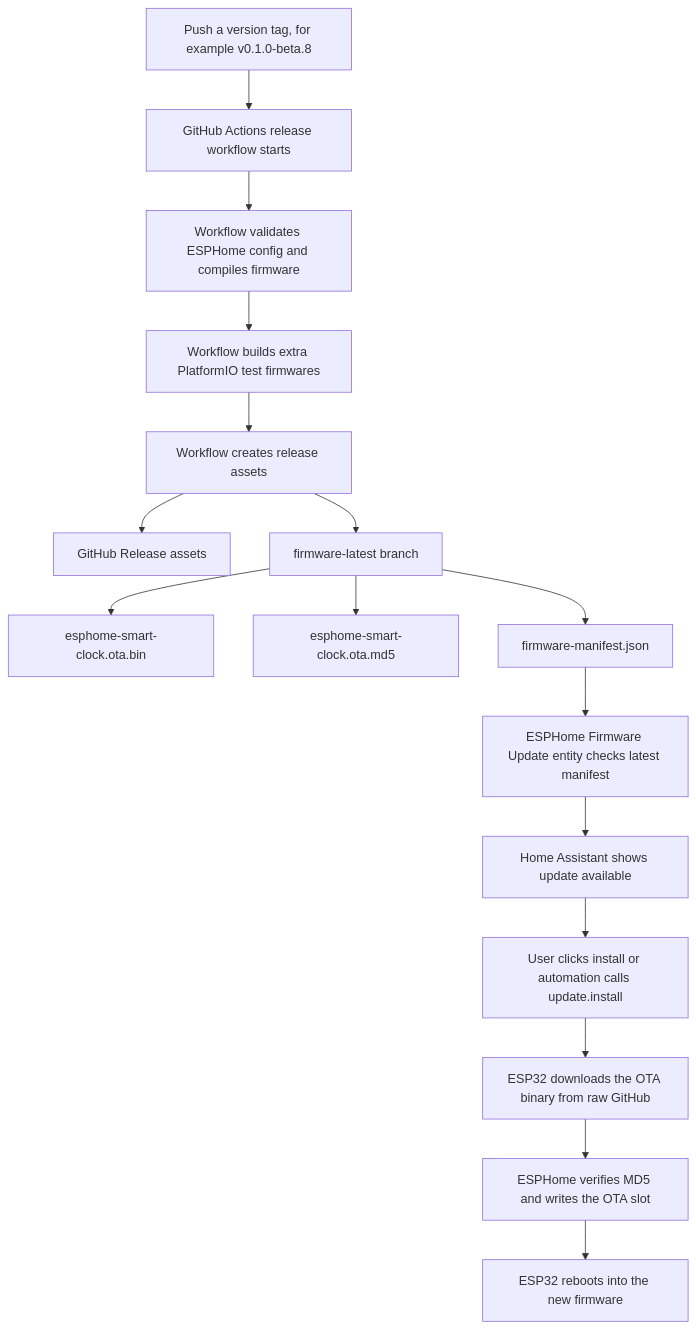
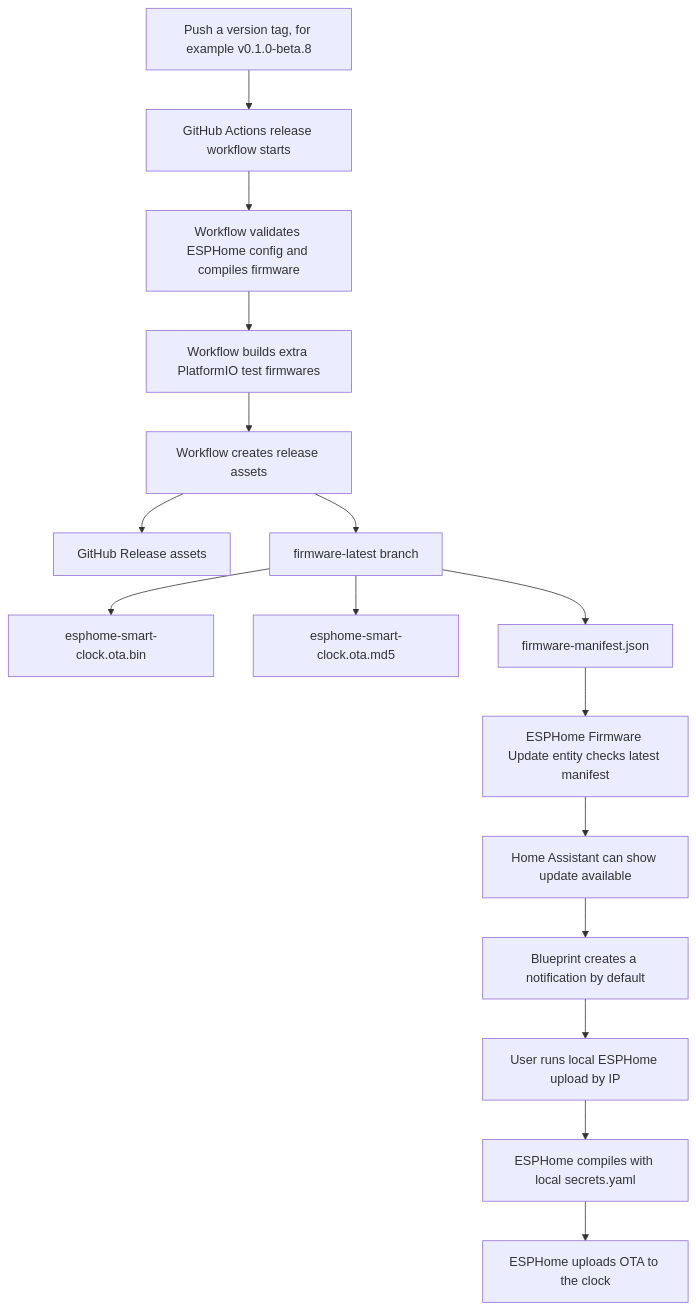
Before and after one commit to NirBY/ESP32_Smart_Clock: the diagram in docs/wiki/Development-And-Releases.md, drawn with Mermaid. The commit also changed other lines of this file and 7 other files, not shown here.

Commit message:
Make firmware updates preserve local config by default

````diff
--- a/docs/wiki/Development-And-Releases.md
+++ b/docs/wiki/Development-And-Releases.md
@@ -248,18 +255,18 @@
 ```mermaid
 flowchart TD
   A["Push a version tag, for example v0.1.0-beta.8"] --> B["GitHub Actions release workflow starts"]
   B --> C["Workflow validates ESPHome config and compiles firmware"]
   C --> D["Workflow builds extra PlatformIO test firmwares"]
   D --> E["Workflow creates release assets"]
   E --> F["GitHub Release assets"]
   E --> G["firmware-latest branch"]
   G --> H["esphome-smart-clock.ota.bin"]
   G --> I["esphome-smart-clock.ota.md5"]
   G --> J["firmware-manifest.json"]
   J --> K["ESPHome Firmware Update entity checks latest manifest"]
-  K --> L["Home Assistant shows update available"]
-  L --> M["User clicks install or automation calls update.install"]
-  M --> N["ESP32 downloads the OTA binary from raw GitHub"]
-  N --> O["ESPHome verifies MD5 and writes the OTA slot"]
-  O --> P["ESP32 reboots into the new firmware"]
+  K --> L["Home Assistant can show update available"]
+  L --> M["Blueprint creates a notification by default"]
+  M --> N["User runs local ESPHome upload by IP"]
+  N --> O["ESPHome compiles with local secrets.yaml"]
+  O --> P["ESPHome uploads OTA to the clock"]
 ```
````
